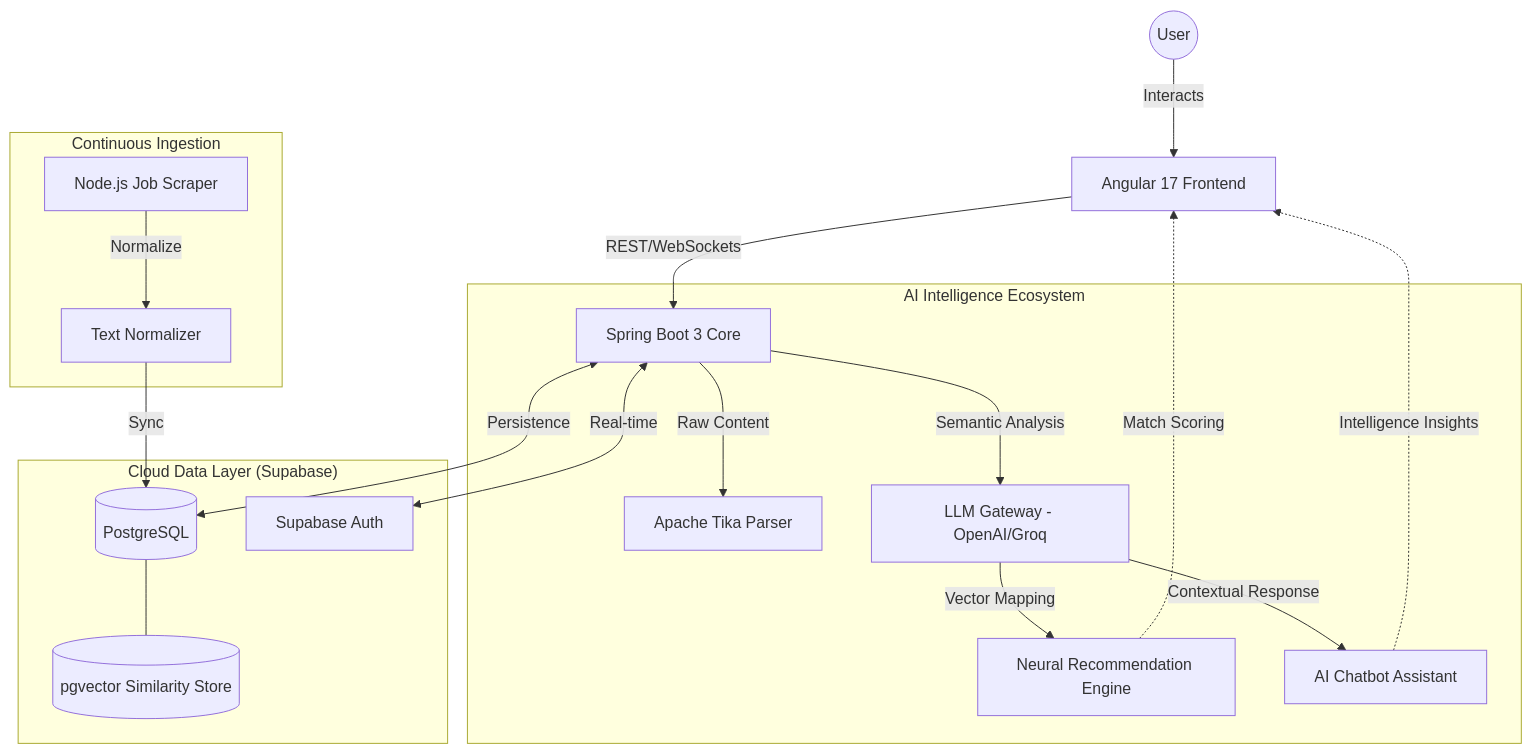
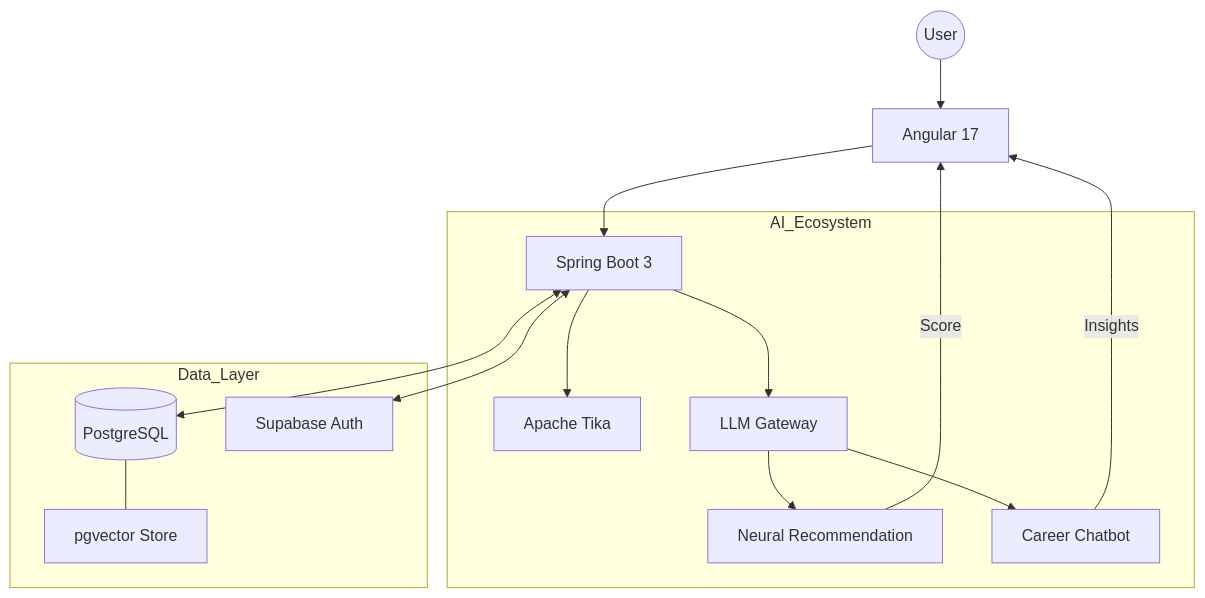
One commit to ArrinPaul/Smart-Job-Application-System changed the first of 2 diagrams in README.md. Above: the diagram before and after it, drawn with Mermaid. The commit also changed other lines of this file and 2 other files, not shown here.

Commit message:
feat: update direct message entity to ignore sensitive user properties; enhance post job component routing for application queue

````diff
--- a/README.md
+++ b/README.md
@@ -24,26 +26,21 @@
 ```mermaid
 graph TD
-    User((User)) -->|Interacts| FE[Angular 17 Frontend]
-    FE -->|REST/WebSockets| BE[Spring Boot 3 Core]
+    User((User)) --> FE[Angular 17]
+    FE --> BE[Spring Boot 3]
 
-    subgraph "AI Intelligence Ecosystem"
-        BE -->|Raw Content| TIKA[Apache Tika Parser]
-        BE -->|Semantic Analysis| LLM[LLM Gateway - OpenAI/Groq]
-        LLM -->|Vector Mapping| REC[Neural Recommendation Engine]
-        LLM -->|Contextual Response| BOT[AI Chatbot Assistant]
+    subgraph AI_Ecosystem
+        BE --> TIKA[Apache Tika]
+        BE --> LLM[LLM Gateway]
+        LLM --> REC[Neural Recommendation]
+        LLM --> BOT[Career Chatbot]
     end
 
-    subgraph "Cloud Data Layer (Supabase)"
-        BE <-->|Persistence| DB[(PostgreSQL)]
-        DB --- VEC[(pgvector Similarity Store)]
-        BE <-->|Real-time| AUTH[Supabase Auth]
+    subgraph Data_Layer
+        BE <--> DB[(PostgreSQL)]
+        DB --- VEC[pgvector Store]
+        BE <--> AUTH[Supabase Auth]
     end
 
-    subgraph "Continuous Ingestion"
-        SCRAPE[Node.js Job Scraper] -->|Normalize| NORM[Text Normalizer]
-        NORM -->|Sync| DB
-    end
-
-    REC -.->|Match Scoring| FE
-    BOT -.->|Intelligence Insights| FE
+    REC -->|Score| FE
+    BOT -->|Insights| FE
 ```
````
